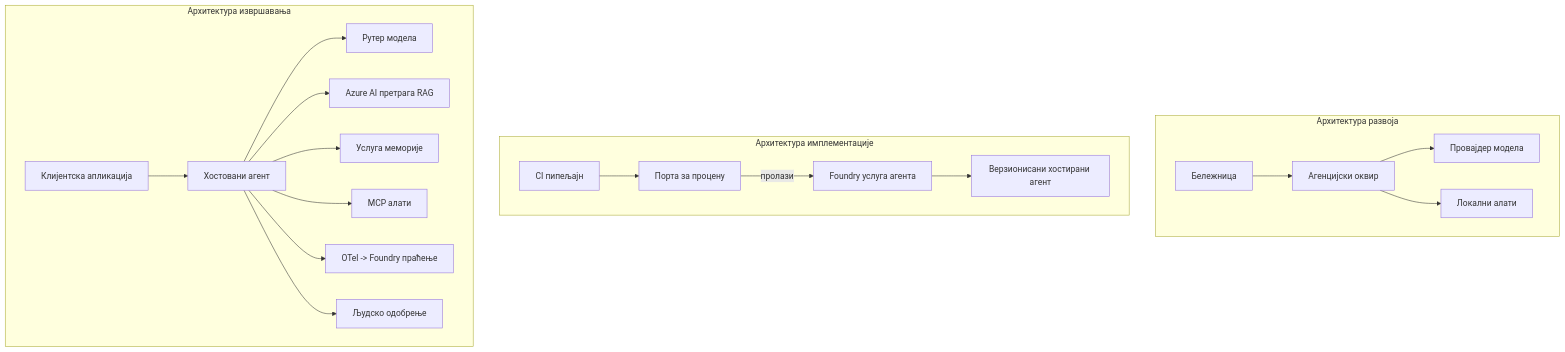
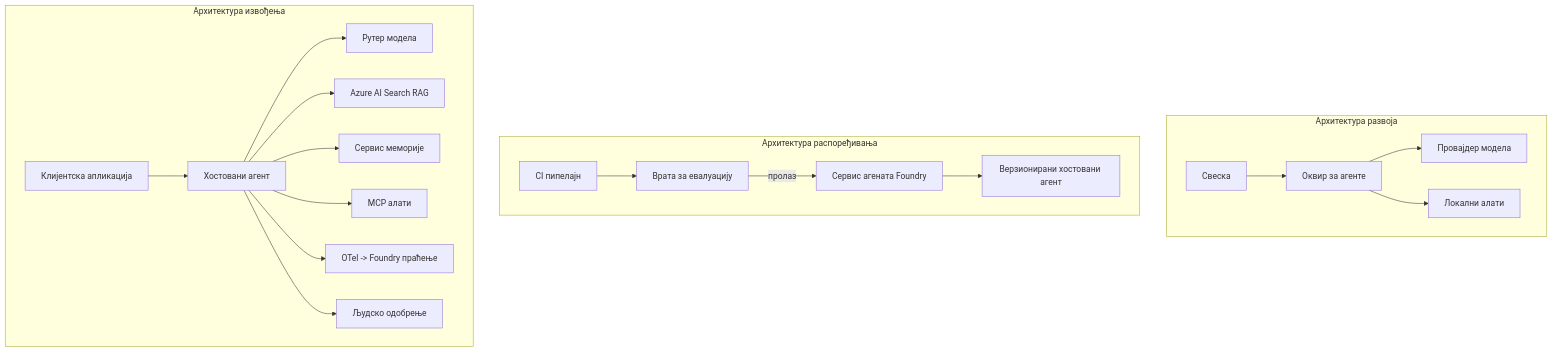
One commit to gabrielmoreira/agent-skills-mirror changed the fourth of 4 diagrams in mirrors/repos/microsoft@ai-agents-for-beginners/translations/sr/16-deploying-scalable-agents/README.md. Above: the diagram before and after it, drawn with Mermaid. The commit also changed other lines of this file and 3581 other files, not shown here.

````diff
--- a/mirrors/repos/microsoft@ai-agents-for-beginners/translations/sr/16-deploying-scalable-agents/README.md
+++ b/mirrors/repos/microsoft@ai-agents-for-beginners/translations/sr/16-deploying-scalable-agents/README.md
@@ -185,22 +185,22 @@
 ```mermaid
 flowchart TB
     subgraph Dev[Архитектура развоја]
-        D1[Бележница] --> D2[Агенцијски оквир]
+        D1[Свеска] --> D2[Оквир за агенте]
         D2 --> D3[Провајдер модела]
         D2 --> D4[Локални алати]
     end
-    subgraph Deploy[Архитектура имплементације]
-        E1[CI пипељајн] --> E2[Порта за процену]
-        E2 -->|пролази| E3[Foundry услуга агента]
-        E3 --> E4[Верзионисани хостирани агент]
+    subgraph Deploy[Архитектура распоређивања]
+        E1[CI пипелајн] --> E2[Врата за евалуацију]
+        E2 -->|пролаз| E3[Сервис агената Foundry]
+        E3 --> E4[Верзионирани хостовани агент]
     end
-    subgraph Run[Архитектура извршавања]
+    subgraph Run[Архитектура извођења]
         F1[Клијентска апликација] --> F2[Хостовани агент]
         F2 --> F3[Рутер модела]
-        F2 --> F4[Azure AI претрага RAG]
-        F2 --> F5[Услуга меморије]
+        F2 --> F4[Azure AI Search RAG]
+        F2 --> F5[Сервис меморије]
         F2 --> F6[MCP алати]
         F2 --> F7[OTel -> Foundry праћење]
         F2 --> F8[Људско одобрење]
     end
 ```
````
